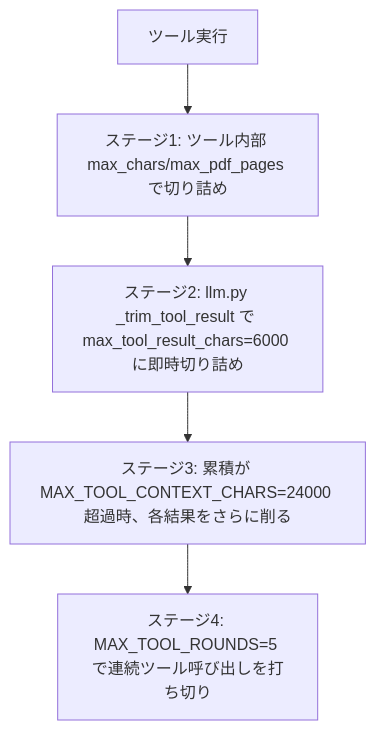
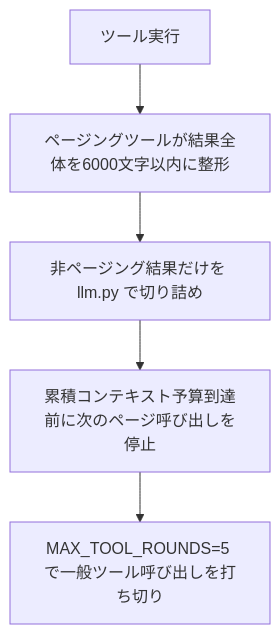
One commit to takashi000/ollama-web changed the second of 3 diagrams in docs/tools-schema.md. Above: the diagram before and after it, drawn with Mermaid. The commit also changed other lines of this file and 17 other files, not shown here.

````diff
--- a/docs/tools-schema.md
+++ b/docs/tools-schema.md
@@ -264,7 +264,7 @@
 ```mermaid
 flowchart TD
-    T[ツール実行] --> S1[ステージ1: ツール内部 max_chars/max_pdf_pages で切り詰め]
-    S1 --> S2[ステージ2: llm.py _trim_tool_result で max_tool_result_chars=6000 に即時切り詰め]
-    S2 --> S3[ステージ3: 累積が MAX_TOOL_CONTEXT_CHARS=24000 超過時、各結果をさらに削る]
-    S3 --> S4[ステージ4: MAX_TOOL_ROUNDS=5 で連続ツール呼び出しを打ち切り]
+    T[ツール実行] --> S1[ページングツールが結果全体を6000文字以内に整形]
+    S1 --> S2[非ページング結果だけを llm.py で切り詰め]
+    S2 --> S3[累積コンテキスト予算到達前に次のページ呼び出しを停止]
+    S3 --> S4[MAX_TOOL_ROUNDS=5 で一般ツール呼び出しを打ち切り]
 ```
````
